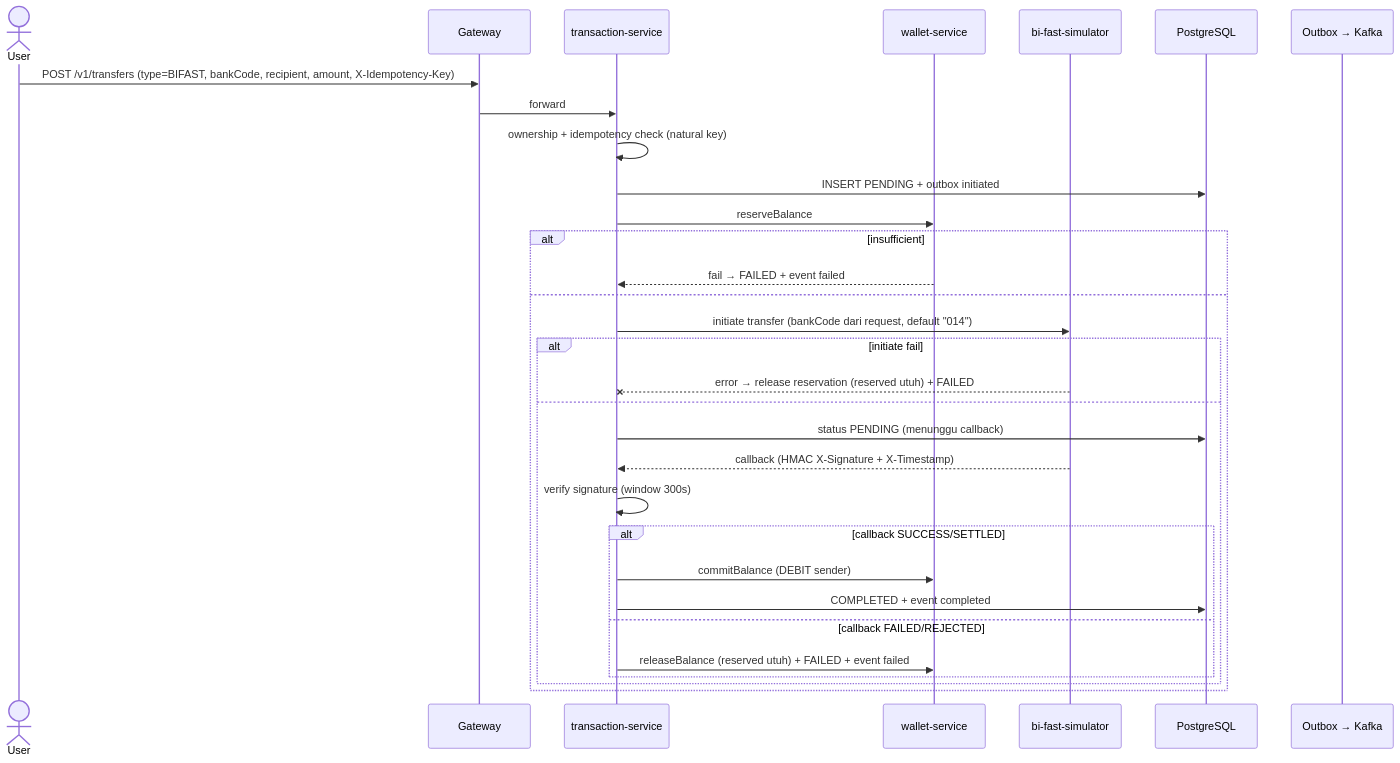
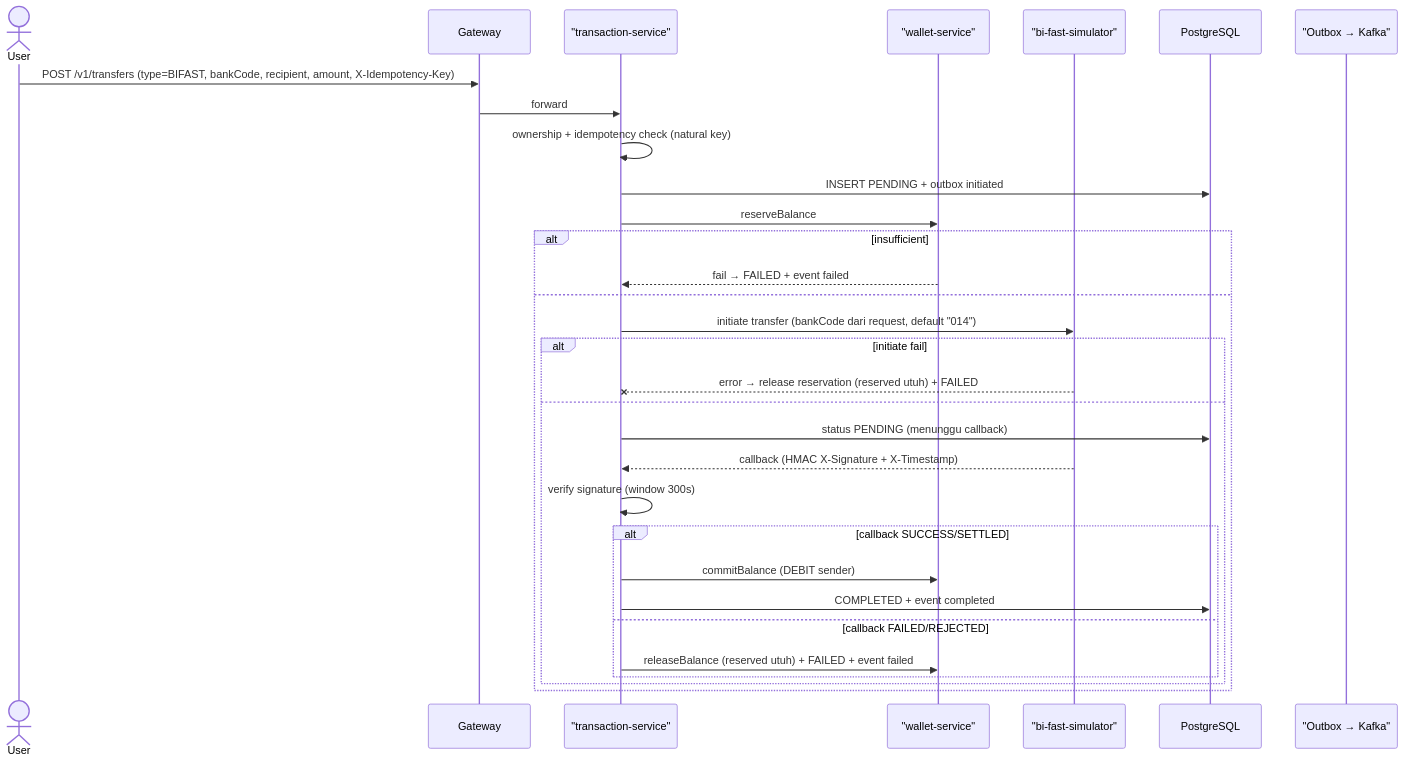
The seventh of 51 diagrams in docs/product/FLOWS.md (fajjarnr/payu), drawn with Mermaid before and after one commit. The commit also changed other lines of this file, not shown here.

First line of the commit message:
fix(flows): mermaid render — quoted aliases, #59; semicolons, %% comments

````diff
--- a/docs/product/FLOWS.md
+++ b/docs/product/FLOWS.md
@@ -253,34 +253,34 @@
 ```mermaid
 sequenceDiagram
     actor U as User
     participant G as Gateway
-    participant TX as transaction-service
-    participant WL as wallet-service
-    participant BF as bi-fast-simulator
+    participant TX as "transaction-service"
+    participant WL as "wallet-service"
+    participant BF as "bi-fast-simulator"
     participant DB as PostgreSQL
-    participant OB as Outbox → Kafka
+    participant OB as "Outbox → Kafka"
 
     U->>G: POST /v1/transfers (type=BIFAST, bankCode, recipient, amount, X-Idempotency-Key)
     G->>TX: forward
     TX->>TX: ownership + idempotency check (natural key)
     TX->>DB: INSERT PENDING + outbox initiated
     TX->>WL: reserveBalance
     alt insufficient
         WL-->>TX: fail → FAILED + event failed
     else
         TX->>BF: initiate transfer (bankCode dari request, default "014")
         alt initiate fail
             BF--xTX: error → release reservation (reserved utuh) + FAILED
         else
             TX->>DB: status PENDING (menunggu callback)
             BF-->>TX: callback (HMAC X-Signature + X-Timestamp)
             TX->>TX: verify signature (window 300s)
             alt callback SUCCESS/SETTLED
                 TX->>WL: commitBalance (DEBIT sender)
                 TX->>DB: COMPLETED + event completed
             else callback FAILED/REJECTED
                 TX->>WL: releaseBalance (reserved utuh) + FAILED + event failed
             end
         end
     end
 ```
````
